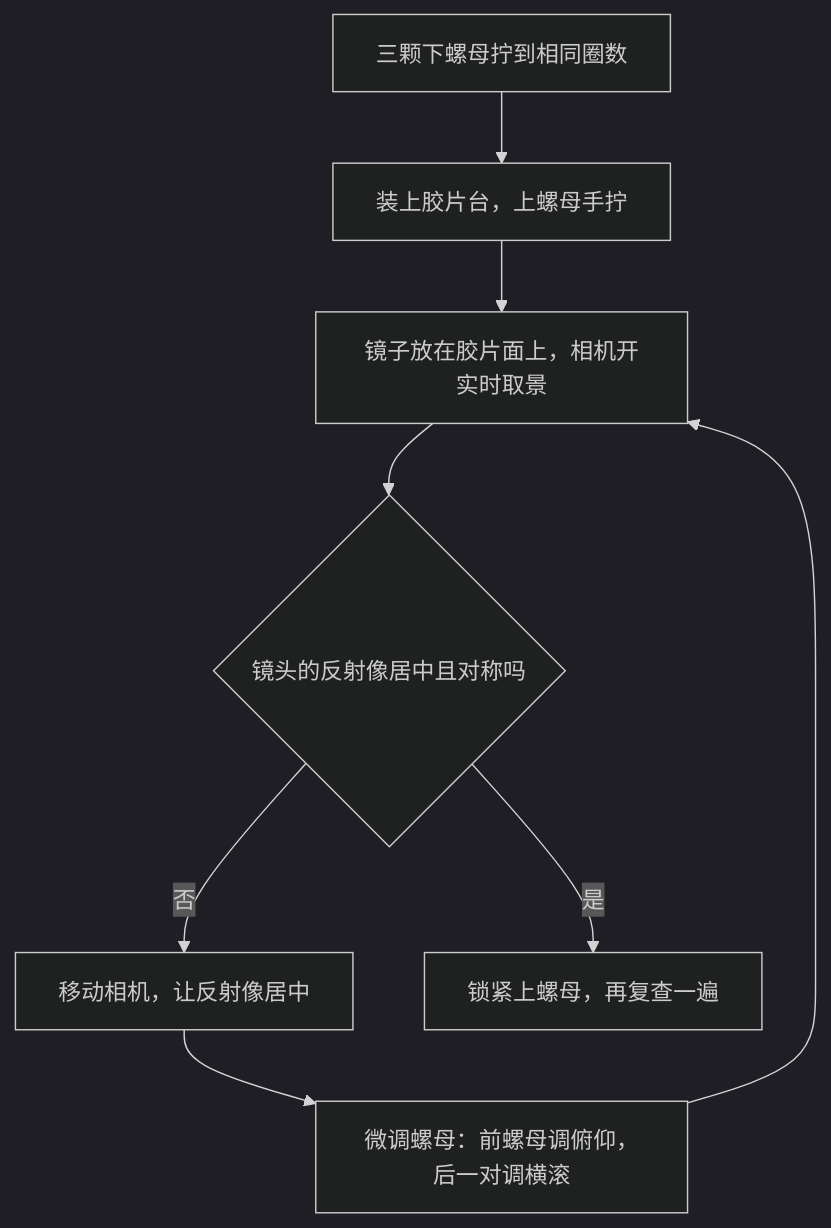
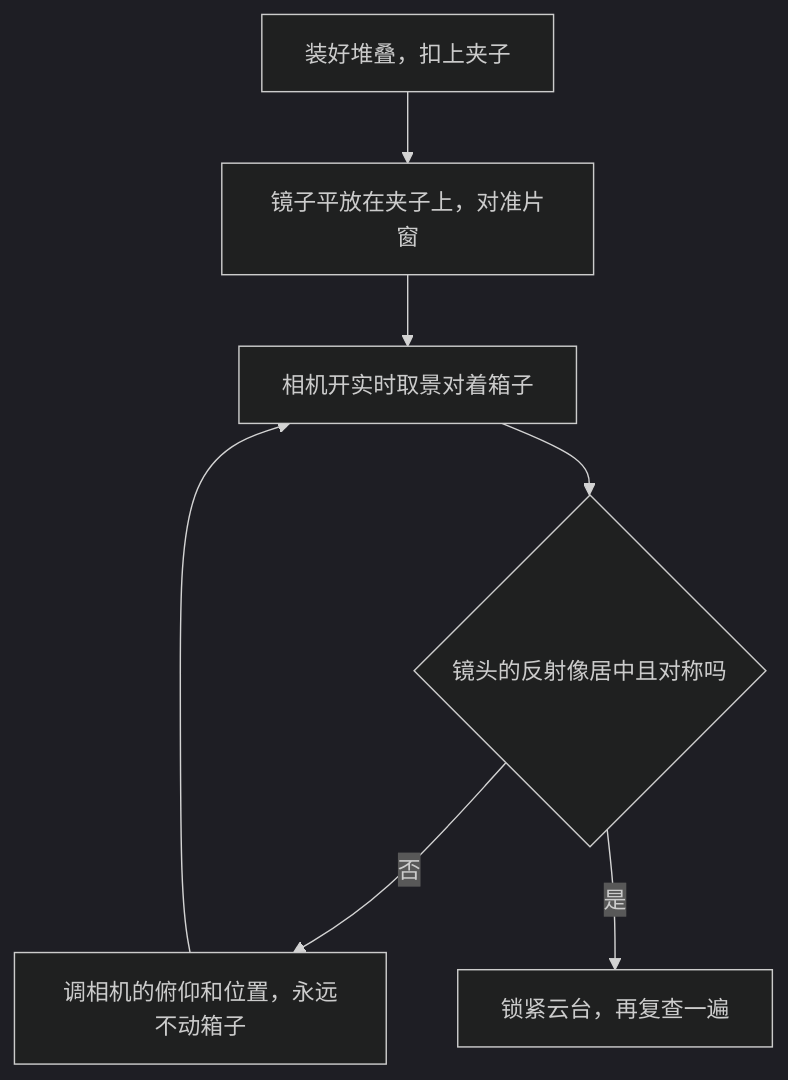
One commit to Neoanaloglab/Neobox changed the diagram in docs/assembly.zh-CN.md. Above: the diagram before and after it, drawn with Mermaid (dark theme). The commit also changed other lines of this file and 30 other files, not shown here.

````diff
--- a/docs/assembly.zh-CN.md
+++ b/docs/assembly.zh-CN.md
@@ -218,10 +141,9 @@
 ```mermaid
 flowchart TD
-    A["三颗下螺母拧到相同圈数"] --> B["装上胶片台，上螺母手拧"]
-    B --> C["镜子放在胶片面上，相机开实时取景"]
+    A["装好堆叠，扣上夹子"] --> B["镜子平放在夹子上，对准片窗"]
+    B --> C["相机开实时取景对着箱子"]
     C --> D{"镜头的反射像居中且对称吗"}
-    D -- 否 --> E["移动相机，让反射像居中"]
-    E --> F["微调螺母：前螺母调俯仰，后一对调横滚"]
-    F --> C
-    D -- 是 --> G["锁紧上螺母，再复查一遍"]
+    D -- 否 --> E["调相机的俯仰和位置，永远不动箱子"]
+    E --> C
+    D -- 是 --> F["锁紧云台，再复查一遍"]
 ```
````
